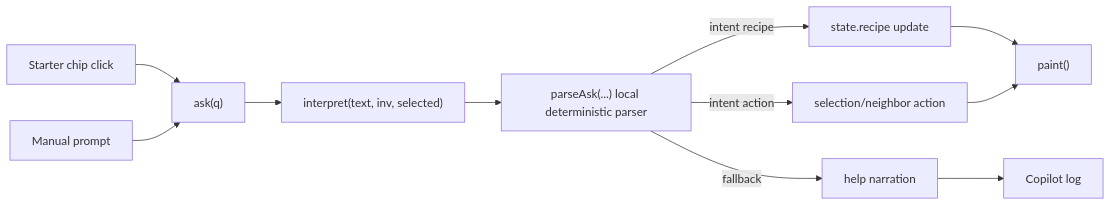
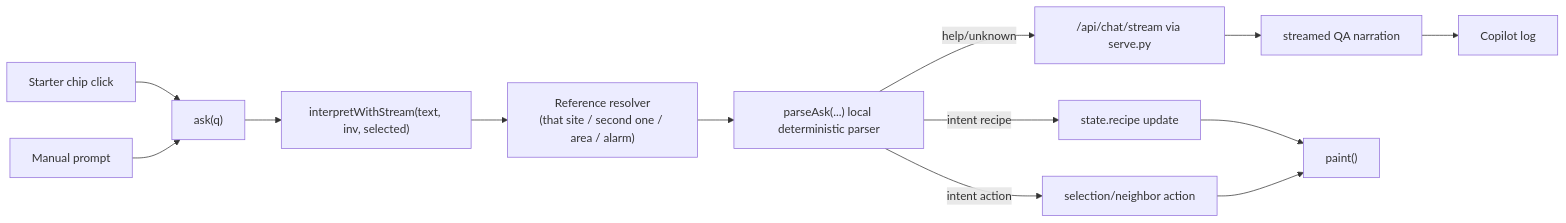
Before and after one commit to ninebar-ai/GIS: the seventh of 10 diagrams in V1_HLD.md, drawn with Mermaid. The commit also changed other lines of this file and 3 other files, not shown here.

````diff
--- a/V1_HLD.md
+++ b/V1_HLD.md
@@ -137,13 +139,15 @@
 ```mermaid
 flowchart LR
   CHIP["Starter chip click"] --> ASK["ask(q)"]
   FREE["Manual prompt"] --> ASK
-  ASK --> INT["interpret(text, inv, selected)"]
-  INT --> PARSE["parseAsk(...) local deterministic parser"]
+  ASK --> INT["interpretWithStream(text, inv, selected)"]
+  INT --> RESOLVE["Reference resolver\n(that site / second one / area / alarm)"]
+  RESOLVE --> PARSE["parseAsk(...) local deterministic parser"]
   PARSE -->|intent recipe| REC["state.recipe update"]
   PARSE -->|intent action| ACT["selection/neighbor action"]
-  PARSE -->|fallback| HELP["help narration"]
+  PARSE -->|help/unknown| LLM["/api/chat/stream via serve.py"]
+  LLM --> HELP["streamed QA narration"]
   REC --> PAINT["paint()"]
   ACT --> PAINT
   HELP --> LOG["Copilot log"]
 ```
````
